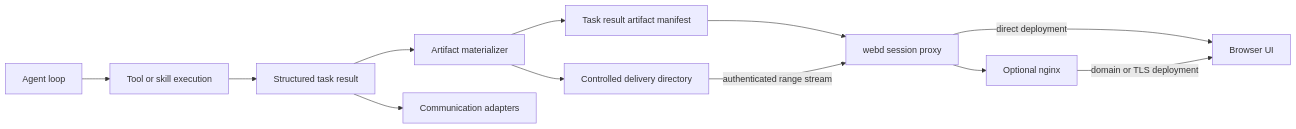
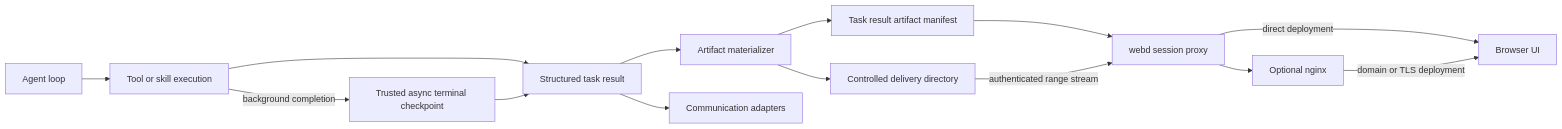
One commit to MatrixCoreX/RustClaw changed the diagram in docs/architecture/11-task-artifact-delivery.md. Above: the diagram before and after it, drawn with Mermaid. The commit also changed other lines of this file and 29 other files, not shown here.

````diff
--- a/docs/architecture/11-task-artifact-delivery.md
+++ b/docs/architecture/11-task-artifact-delivery.md
@@ -18,22 +18,24 @@
 ```mermaid
 flowchart LR
     A[Agent loop]
     X[Tool or skill execution]
+    P[Trusted async terminal checkpoint]
     R[Structured task result]
     M[Artifact materializer]
     D[Controlled delivery directory]
     J[Task result artifact manifest]
     C[Communication adapters]
     W[webd session proxy]
     N[Optional nginx]
     U[Browser UI]
 
     A --> X --> R
+    X -->|background completion| P --> R
     R --> M --> D
     M --> J
     R --> C
     J --> W
     D -->|authenticated range stream| W
     W -->|direct deployment| U
     W --> N -->|domain or TLS deployment| U
 ```
````
